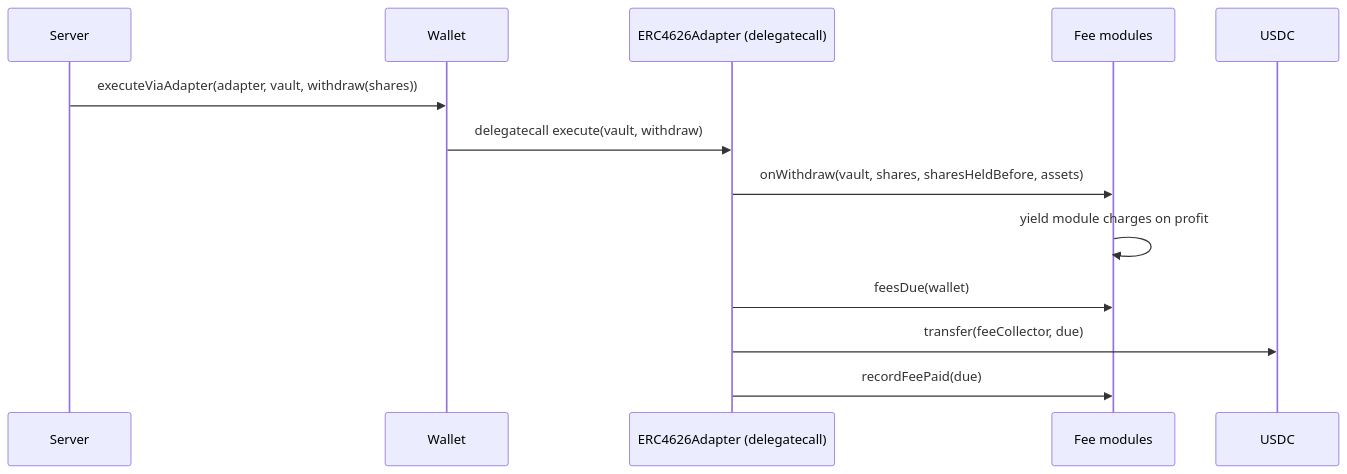
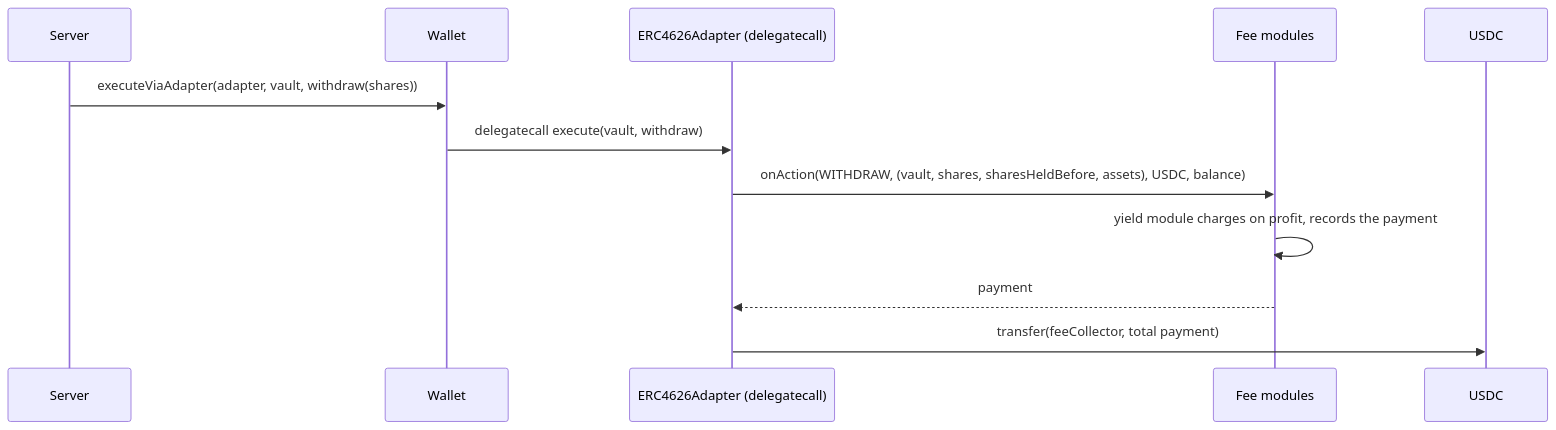
One commit to tokenpage/yieldseeker-contracts changed the fifth of 6 diagrams in README.md. Above: the diagram before and after it, drawn with Mermaid. The commit also changed other lines of this file and 43 other files, not shown here.

Commit message:
Fees: one onAction entry point per module with FeeActions; modules settle, adapter pays in one transfer

````diff
--- a/README.md
+++ b/README.md
@@ -716,16 +716,15 @@
 ```mermaid
 sequenceDiagram
     participant Server
     participant Wallet
     participant Adapter as ERC4626Adapter (delegatecall)
     participant Modules as Fee modules
     participant USDC
 
     Server->>Wallet: executeViaAdapter(adapter, vault, withdraw(shares))
     Wallet->>Adapter: delegatecall execute(vault, withdraw)
-    Adapter->>Modules: onWithdraw(vault, shares, sharesHeldBefore, assets)
-    Modules->>Modules: yield module charges on profit
-    Adapter->>Modules: feesDue(wallet)
-    Adapter->>USDC: transfer(feeCollector, due)
-    Adapter->>Modules: recordFeePaid(due)
+    Adapter->>Modules: onAction(WITHDRAW, (vault, shares, sharesHeldBefore, assets), USDC, balance)
+    Modules->>Modules: yield module charges on profit, records the payment
+    Modules-->>Adapter: payment
+    Adapter->>USDC: transfer(feeCollector, total payment)
 ```
````
